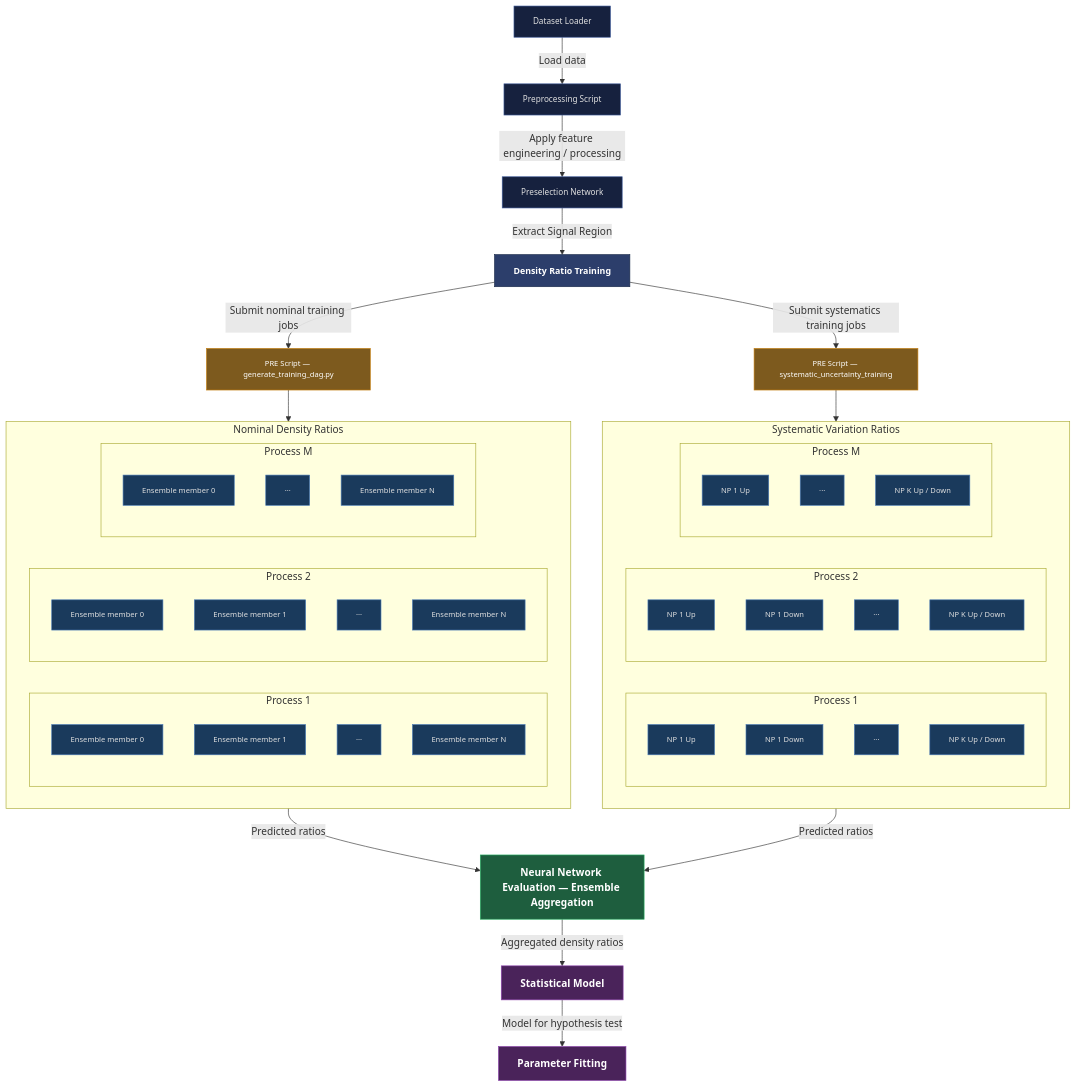
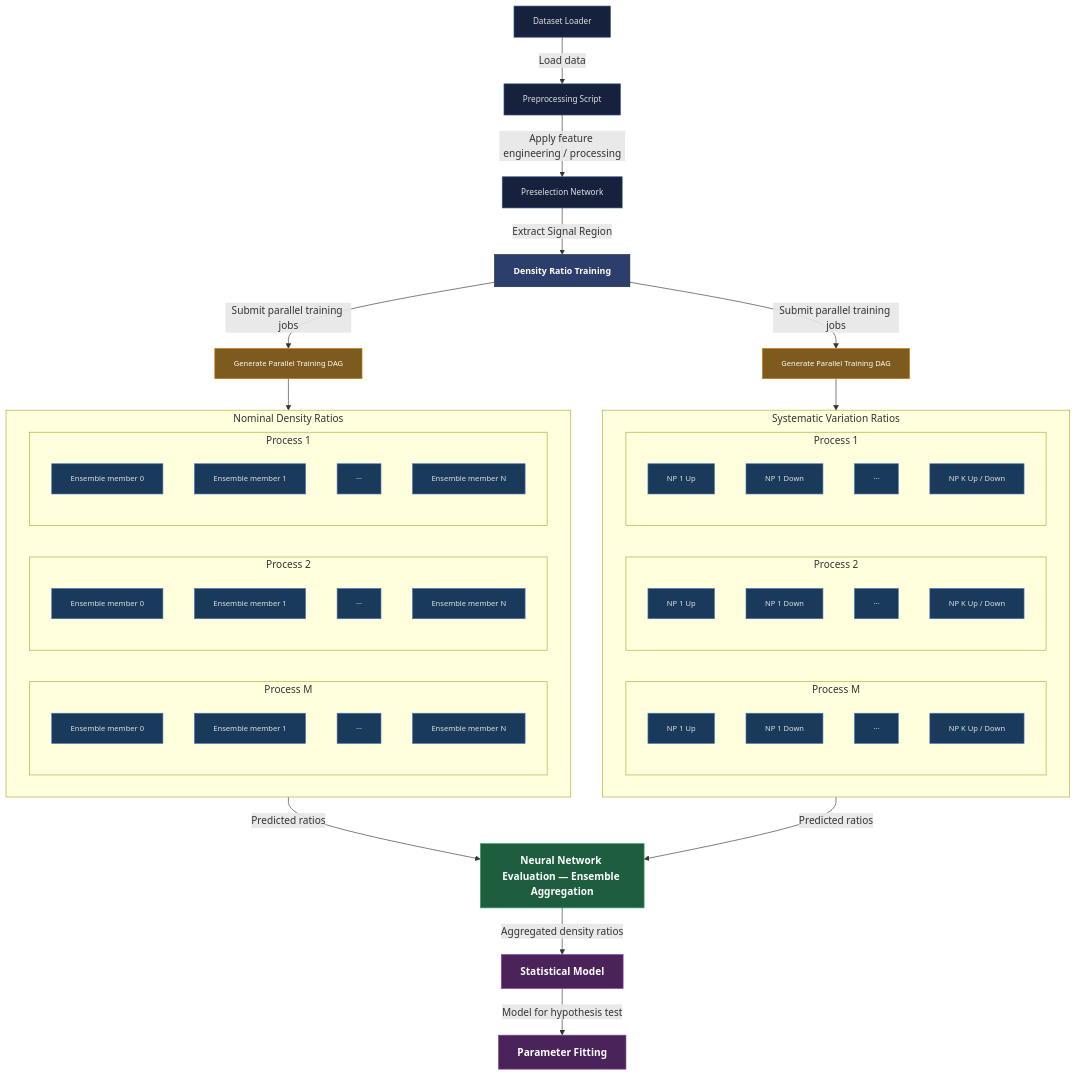
Before and after one commit to Ragansu/NSBI-workflow-tutorial: the diagram in examples/FAIR_universe_Higgs_tautau/README.md, drawn with Mermaid.

Commit message:
Update README for training DAG and process structure

```diff
--- a/examples/FAIR_universe_Higgs_tautau/README.md
+++ b/examples/FAIR_universe_Higgs_tautau/README.md
@@ -26,19 +26,19 @@
     DRT["Density Ratio Training"]
     J3 -->|"Extract Signal Region"| DRT
 
-    PRE_NOM["PRE Script — generate_training_dag.py"]
-    PRE_SYS["PRE Script — systematic_uncertainty_training"]
+    PRE_NOM["Generate Parallel Training DAG"]
+    PRE_SYS["Generate Parallel Training DAG"]
 
-    DRT -->|"Submit nominal training jobs"| PRE_NOM
-    DRT -->|"Submit systematics training jobs"| PRE_SYS
+    DRT -->|"Submit parallel training jobs"| PRE_NOM
+    DRT -->|"Submit parallel training jobs"| PRE_SYS
 
     subgraph NOMINAL["Nominal Density Ratios"]
         direction LR
-        subgraph P1["Process 1"]
-            T1["Ensemble member 0"]
-            T2["Ensemble member 1"]
-            TD["···"]
-            TN["Ensemble member N"]
+        subgraph P3["Process M"]
+            N1["Ensemble member 0"]
+            N2["Ensemble member 1"]
+            ND["···"]
+            NN2["Ensemble member N"]
         end
         subgraph P2["Process 2"]
             Z1["Ensemble member 0"]
@@ -46,20 +46,21 @@
             ZD["···"]
             ZN["Ensemble member N"]
         end
-        subgraph P3["Process M"]
-            N1["Ensemble member 0"]
-            ND["···"]
-            NN2["Ensemble member N"]
+        subgraph P1["Process 1"]
+            T1["Ensemble member 0"]
+            T2["Ensemble member 1"]
+            TD["···"]
+            TN["Ensemble member N"]
         end
     end
 
     subgraph SYSTEMATICS["Systematic Variation Ratios"]
         direction LR
-        subgraph SP1["Process 1"]
-            S1["NP 1 Up"]
-            S2["NP 1 Down"]
-            SD["···"]
-            SN["NP K Up / Down"]
+        subgraph SP3["Process M"]
+            SN1["NP 1 Up"]
+            SN2["NP 1 Down"]
+            SND["···"]
+            SNN["NP K Up / Down"]
         end
         subgraph SP2["Process 2"]
             SZ1["NP 1 Up"]
@@ -67,10 +68,11 @@
             SZD["···"]
             SZN["NP K Up / Down"]
         end
-        subgraph SP3["Process M"]
-            SN1["NP 1 Up"]
-            SND["···"]
-            SNN["NP K Up / Down"]
+        subgraph SP1["Process 1"]
+            S1["NP 1 Up"]
+            S2["NP 1 Down"]
+            SD["···"]
+            SN["NP K Up / Down"]
         end
     end
 
@@ -89,8 +91,8 @@
 
     class J1,J2,J3 job
     class DRT stageLabel
-    class T1,T2,TD,TN,Z1,Z2,ZD,ZN,N1,ND,NN2 parallel
-    class S1,S2,SD,SN,SZ1,SZ2,SZD,SZN,SN1,SND,SNN parallel
+    class T1,T2,TD,TN,Z1,Z2,ZD,ZN,N1,N2,ND,NN2 parallel
+    class S1,S2,SD,SN,SZ1,SZ2,SZD,SZN,SN1,SN2,SND,SNN parallel
     class PRE_NOM,PRE_SYS pre
     class EVAL eval
     class FIT,STAT fit
```
